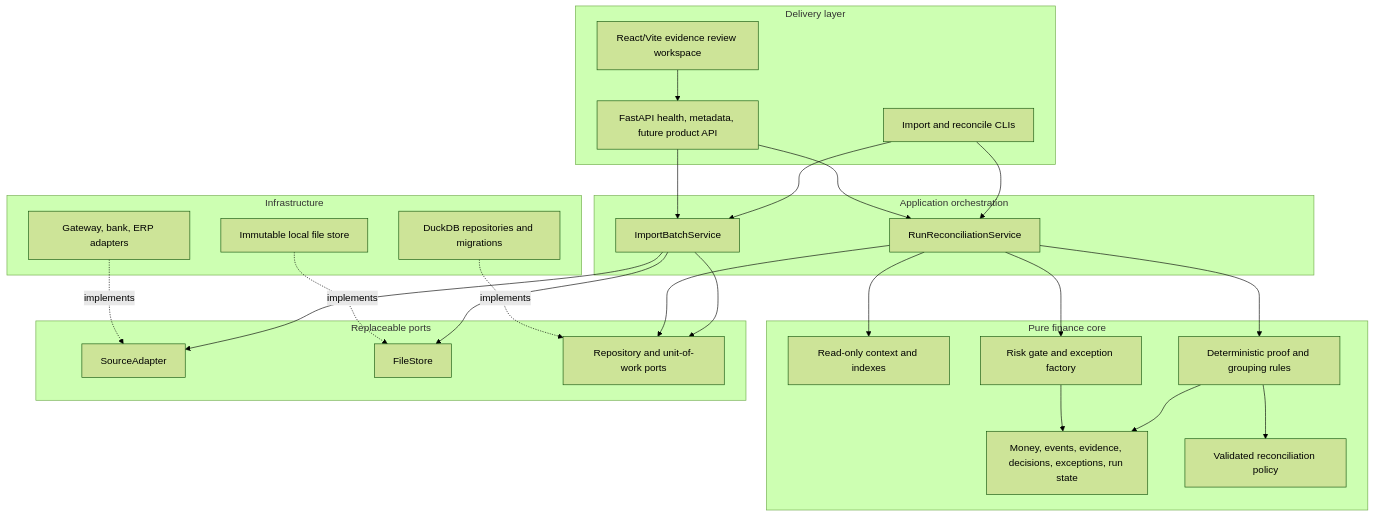
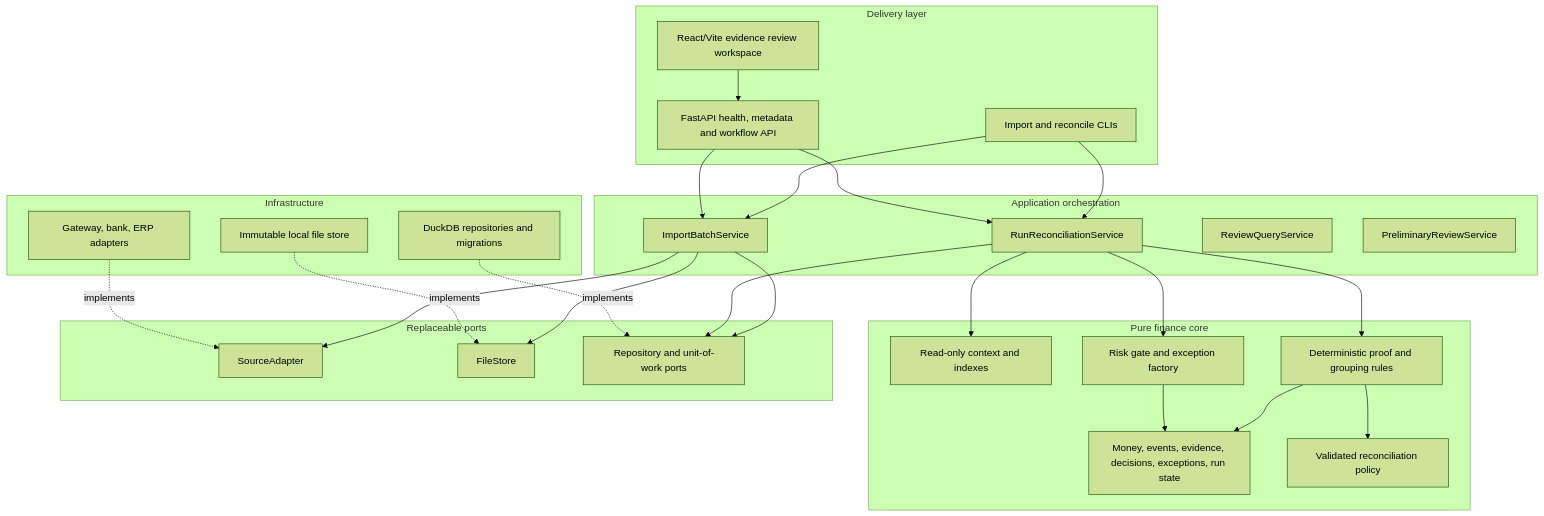
One commit to chknaren6/VeriClose changed the fifth of 11 diagrams in IMPLEMENTATION_REPORT.md. Above: the diagram before and after it, drawn with Mermaid (forest theme). The commit also changed other lines of this file and 81 other files, not shown here.

````diff
--- a/IMPLEMENTATION_REPORT.md
+++ b/IMPLEMENTATION_REPORT.md
@@ -398,52 +424,54 @@
 ```mermaid
 flowchart TB
     subgraph Delivery[Delivery layer]
         CLI[Import and reconcile CLIs]
-        API[FastAPI health, metadata, future product API]
+        API[FastAPI health, metadata and workflow API]
         WEB[React/Vite evidence review workspace]
     end
 
     subgraph Application[Application orchestration]
         IMPORT[ImportBatchService]
         CLOSE[RunReconciliationService]
+        QUERY[ReviewQueryService]
+        REVIEW[PreliminaryReviewService]
     end
 
     subgraph Core[Pure finance core]
         DOMAIN[Money, events, evidence, decisions, exceptions, run state]
         POLICY[Validated reconciliation policy]
         CONTEXT[Read-only context and indexes]
         RULES[Deterministic proof and grouping rules]
         GATE[Risk gate and exception factory]
     end
 
     subgraph Ports[Replaceable ports]
         ADAPTER_PORT[SourceAdapter]
         FILE_PORT[FileStore]
         REPO_PORT[Repository and unit-of-work ports]
     end
 
     subgraph Infrastructure[Infrastructure]
         ADAPTERS[Gateway, bank, ERP adapters]
         FILES[Immutable local file store]
         DB[DuckDB repositories and migrations]
     end
 
     CLI --> IMPORT
     CLI --> CLOSE
     API --> IMPORT
     API --> CLOSE
     WEB --> API
     IMPORT --> ADAPTER_PORT
     IMPORT --> FILE_PORT
     IMPORT --> REPO_PORT
     CLOSE --> CONTEXT
     CLOSE --> RULES
     RULES --> POLICY
     RULES --> DOMAIN
     CLOSE --> GATE
     GATE --> DOMAIN
     CLOSE --> REPO_PORT
     ADAPTERS -. implements .-> ADAPTER_PORT
     FILES -. implements .-> FILE_PORT
     DB -. implements .-> REPO_PORT
 ```
````
